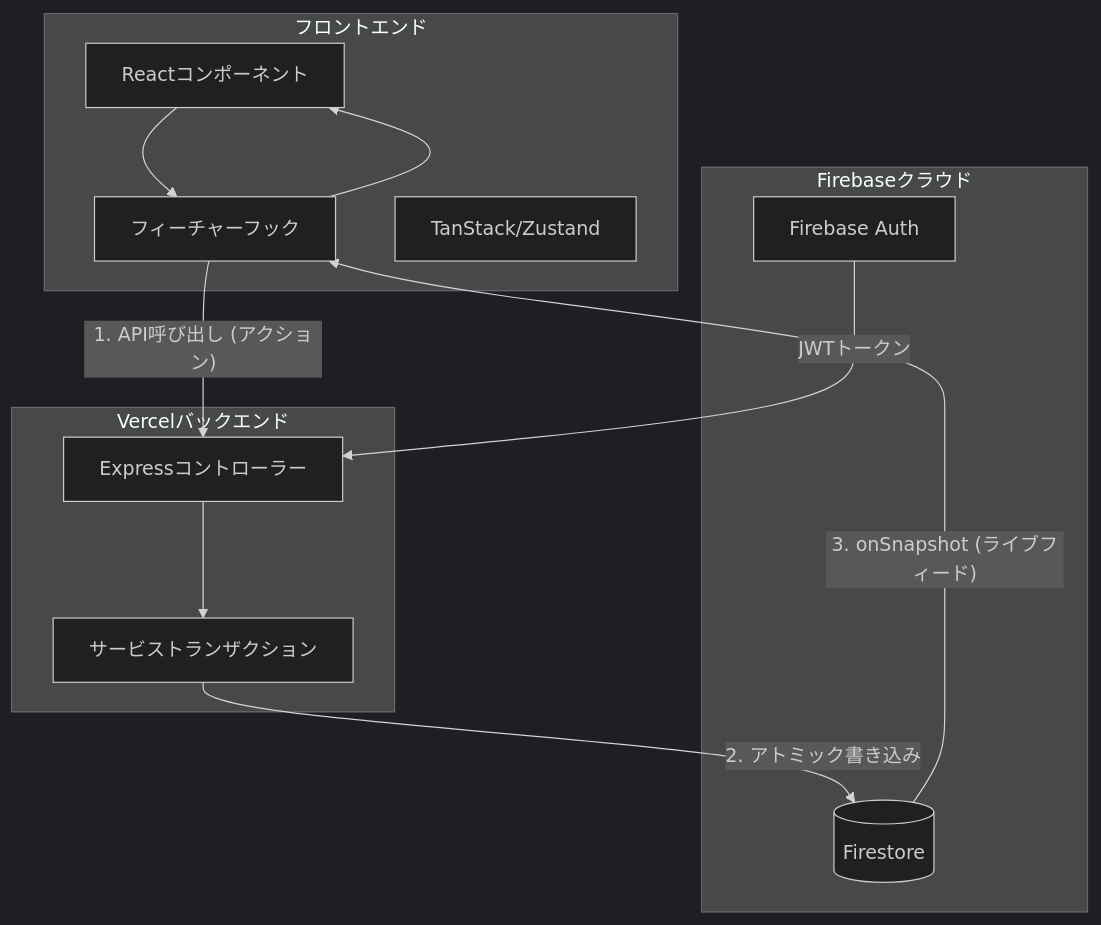
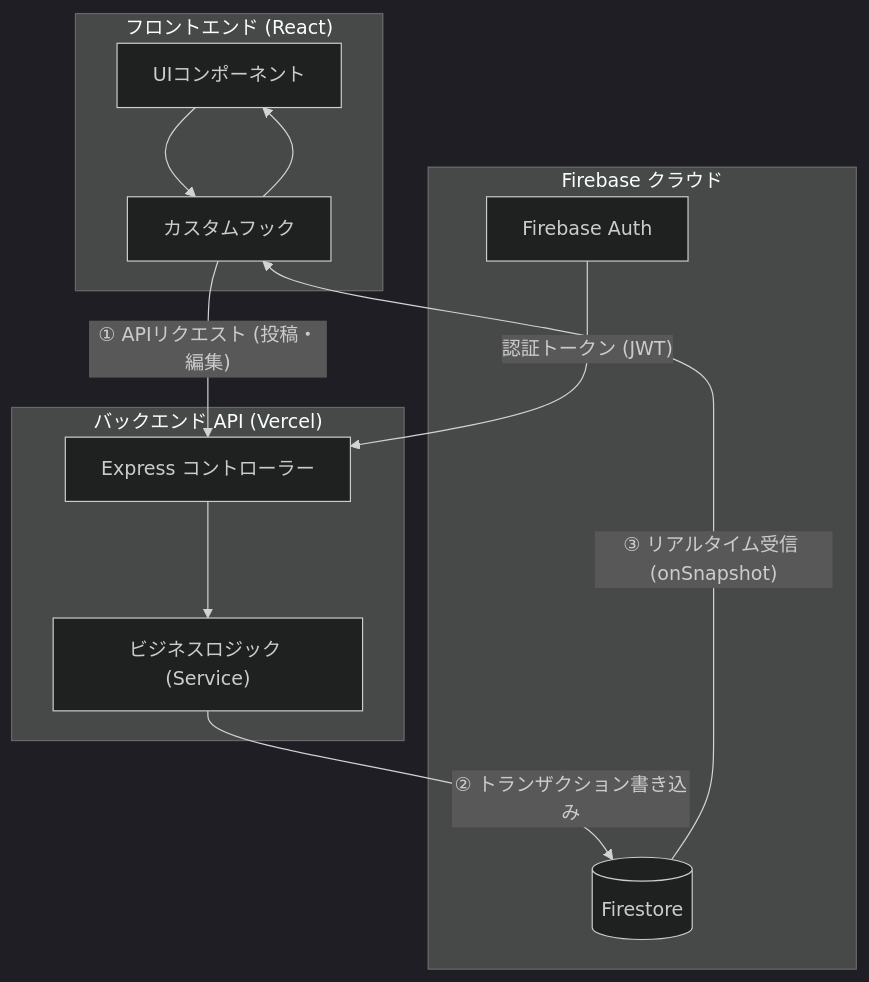
Before and after one commit to ScriptureHabit/scripture-habit: the diagram in docs/ja/architecture.md, drawn with Mermaid (dark theme). The commit also changed other lines of this file and 15 other files, not shown here.

Commit message:
docs: refine and simplify all Architecture Overview documentation in Japanese and English

````diff
--- a/docs/ja/architecture.md
+++ b/docs/ja/architecture.md
@@ -95,26 +51,25 @@
 ```mermaid
 graph TD
-    subgraph Frontend ["フロントエンド"]
-        Component["Reactコンポーネント"]
-        Hook["フィーチャーフック"]
-        LocalCache["TanStack/Zustand"]
+    subgraph Frontend ["フロントエンド (React)"]
+        Component["UIコンポーネント"]
+        Hook["カスタムフック"]
     end
 
-    subgraph Backend_Vercel ["Vercelバックエンド"]
-        API["Expressコントローラー"]
-        Service["サービストランザクション"]
+    subgraph Backend ["バックエンド API (Vercel)"]
+        API["Express コントローラー"]
+        Service["ビジネスロジック (Service)"]
     end
 
-    subgraph Firebase_Cloud ["Firebaseクラウド"]
+    subgraph Firebase ["Firebase クラウド"]
         DB[("Firestore")]
         Auth["Firebase Auth"]
     end
 
     Component --> Hook
-    Hook -- "1. API呼び出し (アクション)" --> API
+    Hook -- "① APIリクエスト (投稿・編集)" --> API
     API --> Service
-    Service -- "2. アトミック書き込み" --> DB
-    DB -- "3. onSnapshot (ライブフィード)" --> Hook
+    Service -- "② トランザクション書き込み" --> DB
+    DB -- "③ リアルタイム受信 (onSnapshot)" --> Hook
     Hook --> Component
-    Auth -- "JWTトークン" --> API
+    Auth -- "認証トークン (JWT)" --> API
 ```
````
